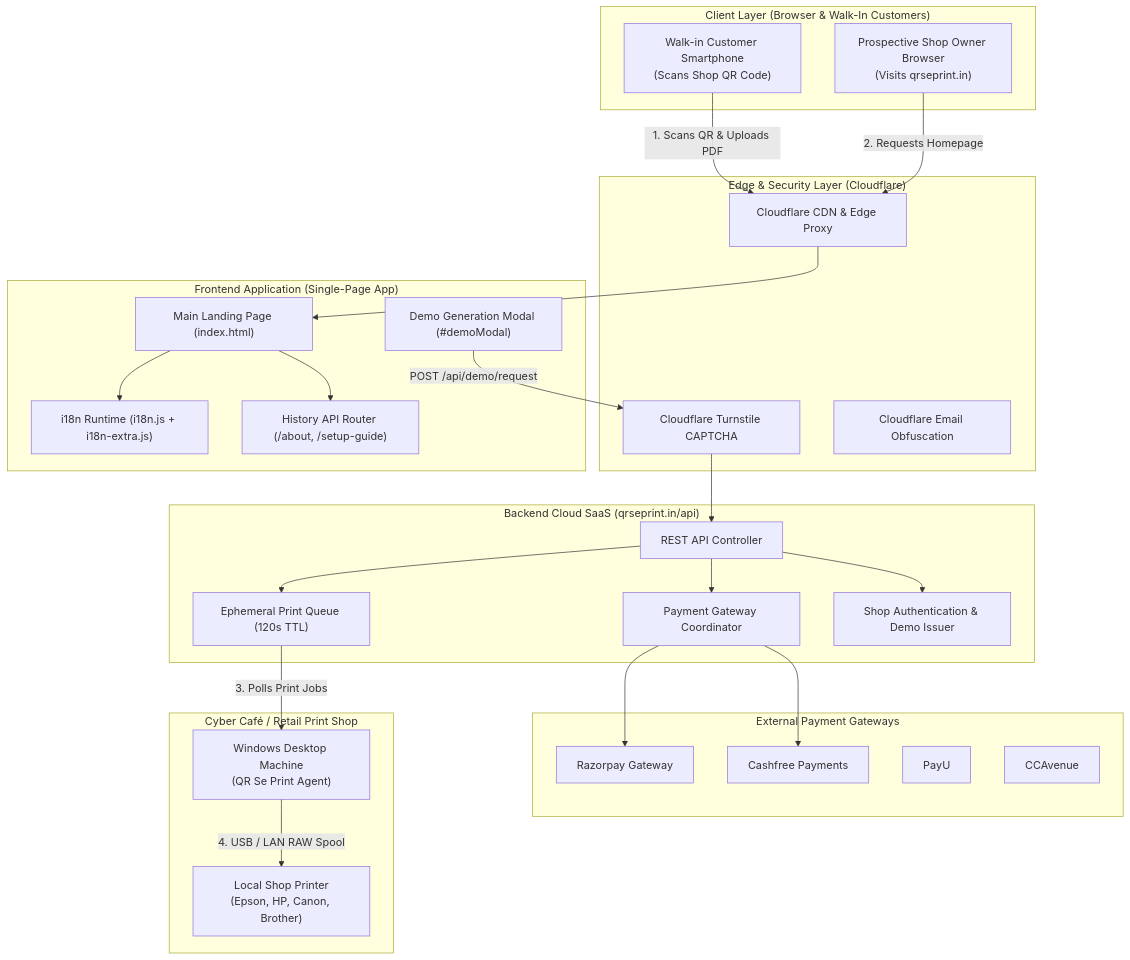
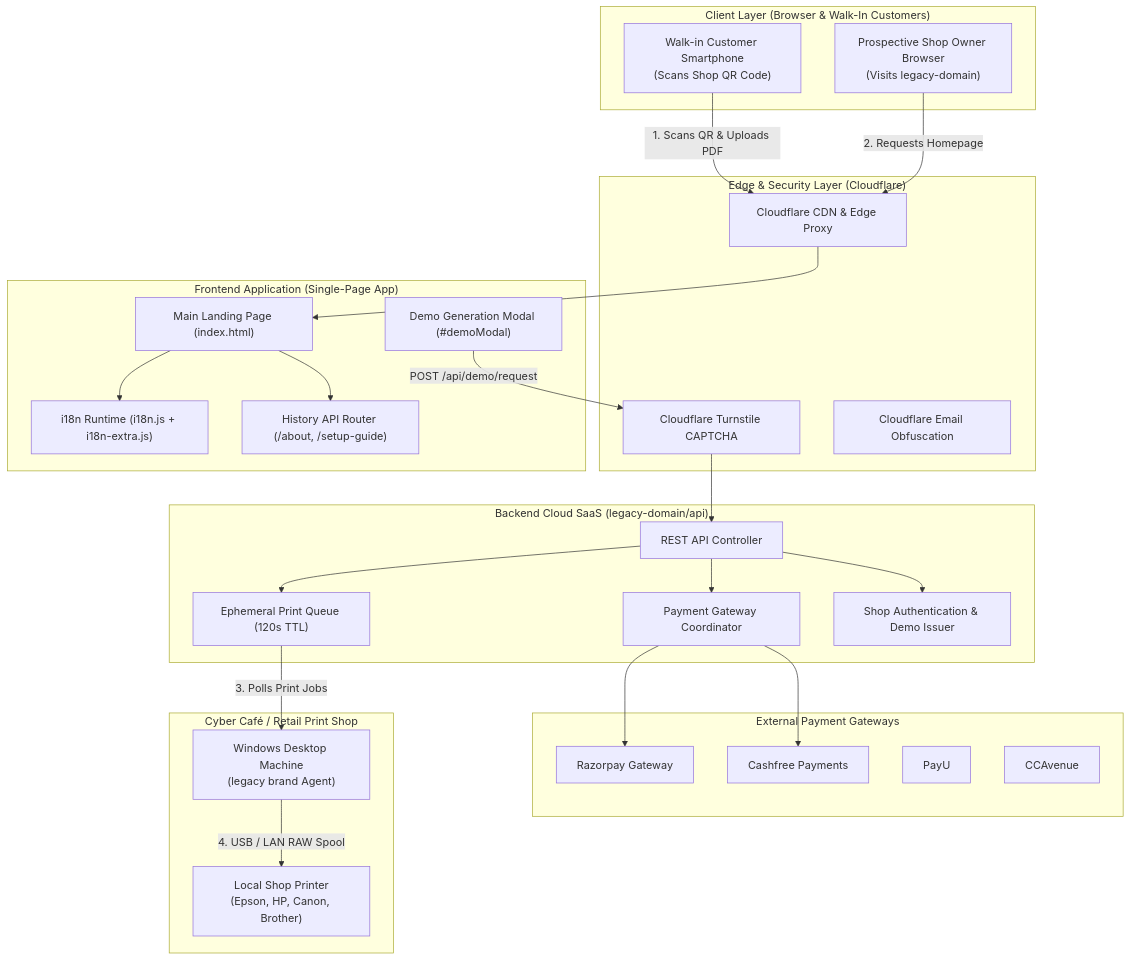
Before and after one commit to DigitalStudioseba/qrbd: the first of 5 diagrams in project-audit/10-architecture-and-diagrams.md, drawn with Mermaid. The commit also changed other lines of this file and 81 other files, not shown here.

````diff
--- a/project-audit/10-architecture-and-diagrams.md
+++ b/project-audit/10-architecture-and-diagrams.md
@@ -9,54 +9,54 @@
 ```mermaid
 flowchart TD
     subgraph ClientLayer["Client Layer (Browser & Walk-In Customers)"]
         CustomerPhone["Walk-in Customer Smartphone<br/>(Scans Shop QR Code)"]
-        VisitorBrowser["Prospective Shop Owner Browser<br/>(Visits qrseprint.in)"]
+        VisitorBrowser["Prospective Shop Owner Browser<br/>(Visits legacy-domain)"]
     end
 
     subgraph CDNLayer["Edge & Security Layer (Cloudflare)"]
         CFProxy["Cloudflare CDN & Edge Proxy"]
         CFTurnstile["Cloudflare Turnstile CAPTCHA"]
         CFEmail["Cloudflare Email Obfuscation"]
     end
 
     subgraph FrontendApp["Frontend Application (Single-Page App)"]
         MainDOM["Main Landing Page (index.html)"]
         I18nEngine["i18n Runtime (i18n.js + i18n-extra.js)"]
         SPARouter["History API Router (/about, /setup-guide)"]
         DemoModal["Demo Generation Modal (#demoModal)"]
     end
 
-    subgraph BackendAPI["Backend Cloud SaaS (qrseprint.in/api)"]
+    subgraph BackendAPI["Backend Cloud SaaS (legacy-domain/api)"]
         APIServer["REST API Controller"]
         QueueManager["Ephemeral Print Queue (120s TTL)"]
         PaymentCoord["Payment Gateway Coordinator"]
         AuthSystem["Shop Authentication & Demo Issuer"]
     end
 
     subgraph ExternalGateways["External Payment Gateways"]
         Razorpay["Razorpay Gateway"]
         Cashfree["Cashfree Payments"]
         PayU["PayU"]
         CCAvenue["CCAvenue"]
     end
 
     subgraph ShopPremises["Cyber Café / Retail Print Shop"]
-        ShopPC["Windows Desktop Machine<br/>(QR Se Print Agent)"]
+        ShopPC["Windows Desktop Machine<br/>(legacy brand Agent)"]
         Printer["Local Shop Printer<br/>(Epson, HP, Canon, Brother)"]
     end
 
     CustomerPhone -->|"1. Scans QR & Uploads PDF"| CFProxy
     VisitorBrowser -->|"2. Requests Homepage"| CFProxy
     CFProxy --> MainDOM
     MainDOM --> I18nEngine
     MainDOM --> SPARouter
     DemoModal -->|"POST /api/demo/request"| CFTurnstile
     CFTurnstile --> APIServer
     APIServer --> QueueManager
     APIServer --> AuthSystem
     APIServer --> PaymentCoord
     PaymentCoord --> Razorpay
     PaymentCoord --> Cashfree
     QueueManager -->|"3. Polls Print Jobs"| ShopPC
     ShopPC -->|"4. USB / LAN RAW Spool"| Printer
 ```
````
